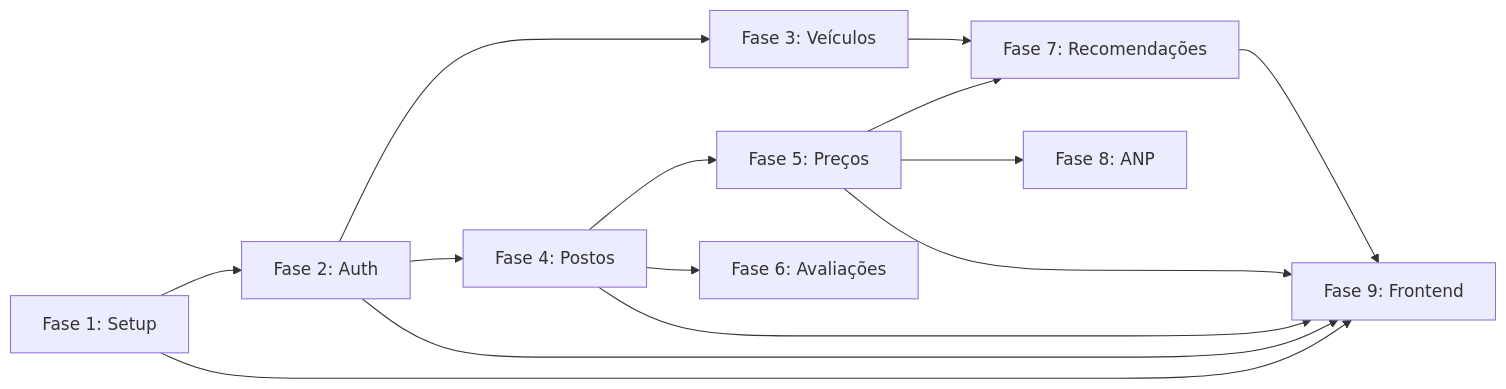
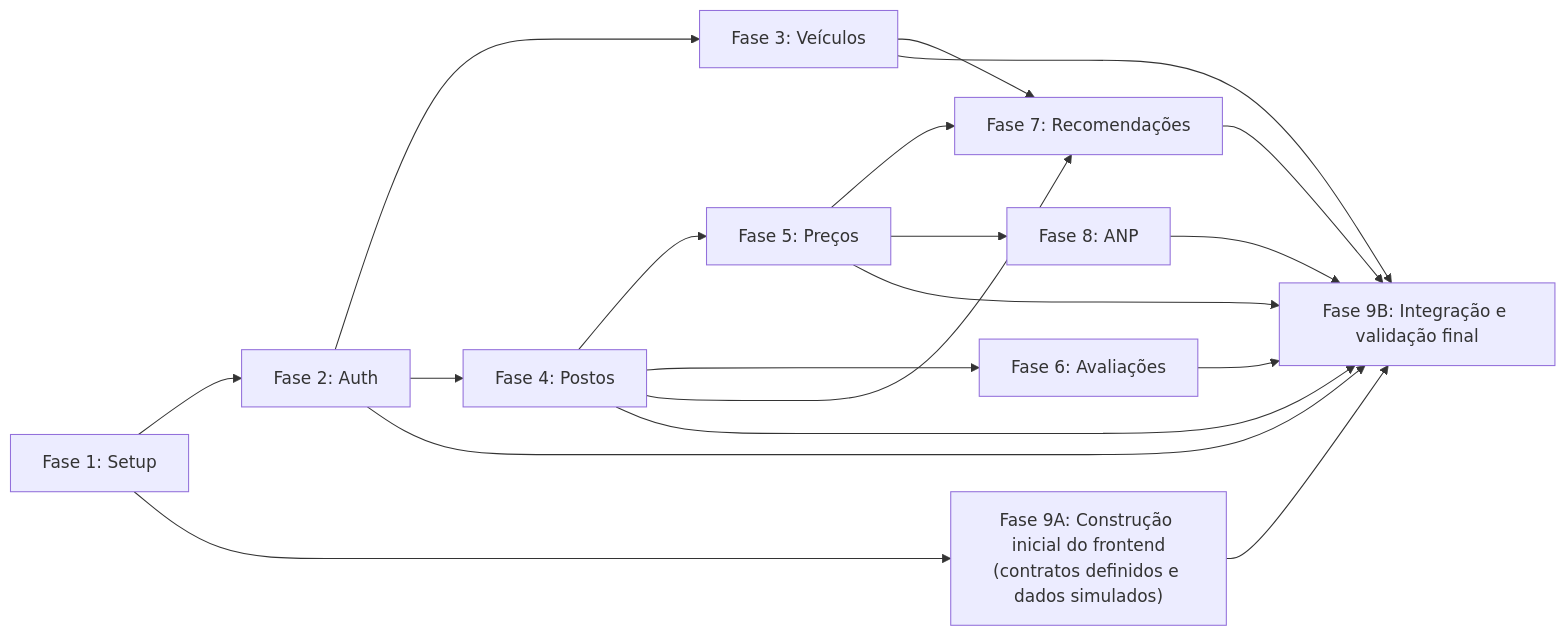
One commit to fuguharawillian/FuelFinder- changed the first of 3 diagrams in Plano/plano-desenvolvimento-fuelfinder.md. Above: the diagram before and after it, drawn with Mermaid. The commit also changed other lines of this file and 201 other files, not shown here.

````diff
--- a/Plano/plano-desenvolvimento-fuelfinder.md
+++ b/Plano/plano-desenvolvimento-fuelfinder.md
@@ -67,16 +74,21 @@
 ```mermaid
 flowchart LR
     F1["Fase 1: Setup"] --> F2["Fase 2: Auth"]
     F2 --> F3["Fase 3: Veículos"]
     F2 --> F4["Fase 4: Postos"]
     F4 --> F5["Fase 5: Preços"]
     F4 --> F6["Fase 6: Avaliações"]
     F3 --> F7["Fase 7: Recomendações"]
+    F4 --> F7
     F5 --> F7
     F5 --> F8["Fase 8: ANP"]
-    F1 --> F9["Fase 9: Frontend"]
-    F2 --> F9
-    F4 --> F9
-    F5 --> F9
-    F7 --> F9
+    F1 --> F9A["Fase 9A: Construção inicial do frontend<br/>(contratos definidos e dados simulados)"]
+    F9A --> F9B["Fase 9B: Integração e validação final"]
+    F2 --> F9B
+    F3 --> F9B
+    F4 --> F9B
+    F5 --> F9B
+    F6 --> F9B
+    F7 --> F9B
+    F8 --> F9B
 ```
````
